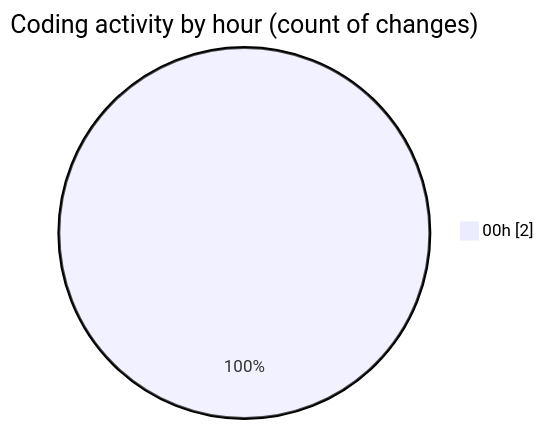
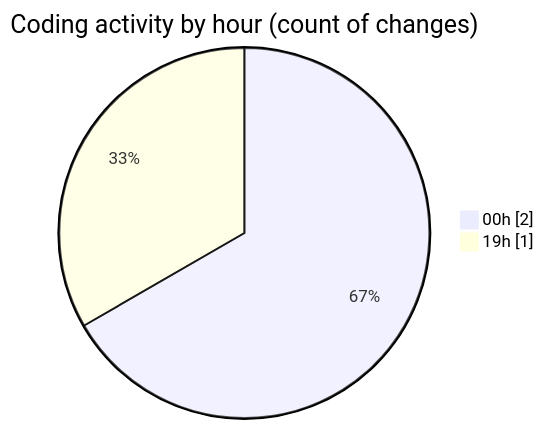
The second of 2 diagrams in 2025-09-02/cheat_1/README.md (IJAZ3593/code-tracking), drawn with Mermaid before and after one commit. The commit also changed other lines of this file and 1 other file, not shown here.

````diff
--- a/2025-09-02/cheat_1/README.md
+++ b/2025-09-02/cheat_1/README.md
@@ -30,5 +30,6 @@
 ```mermaid
 pie showData
 title Coding activity by hour (count of changes)
 "00h" : 2
+"19h" : 1
 ```
````
